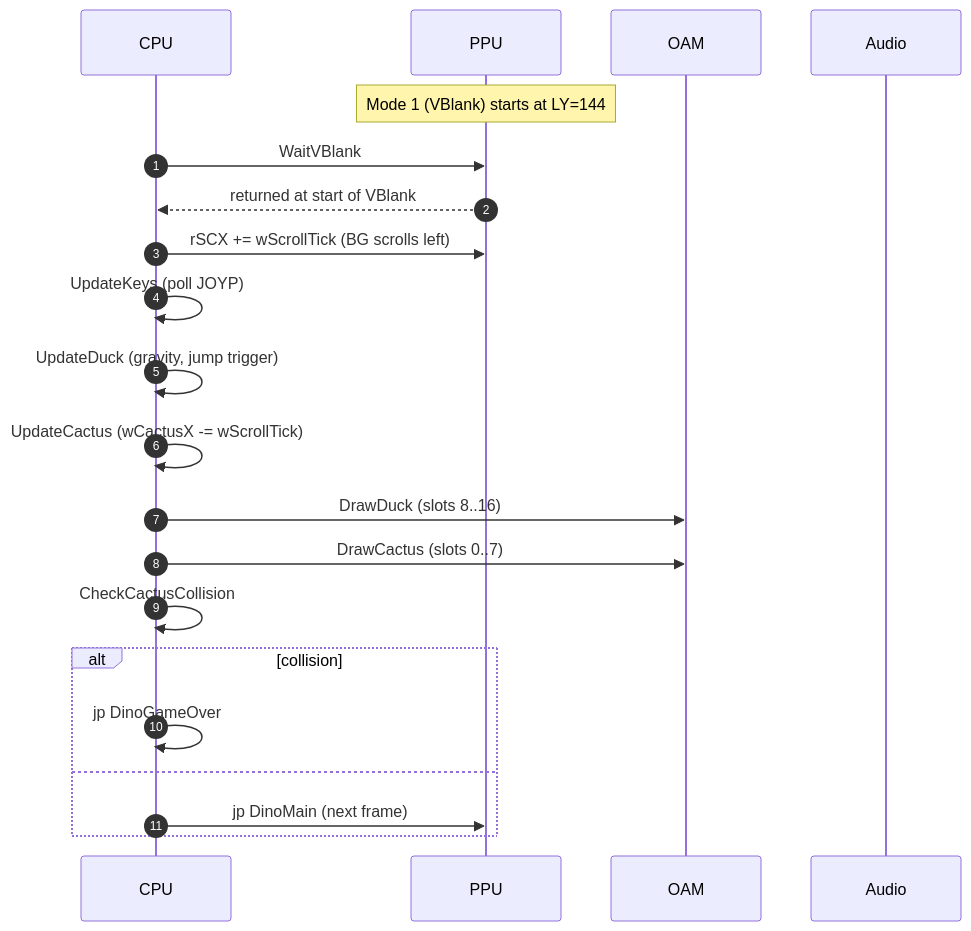
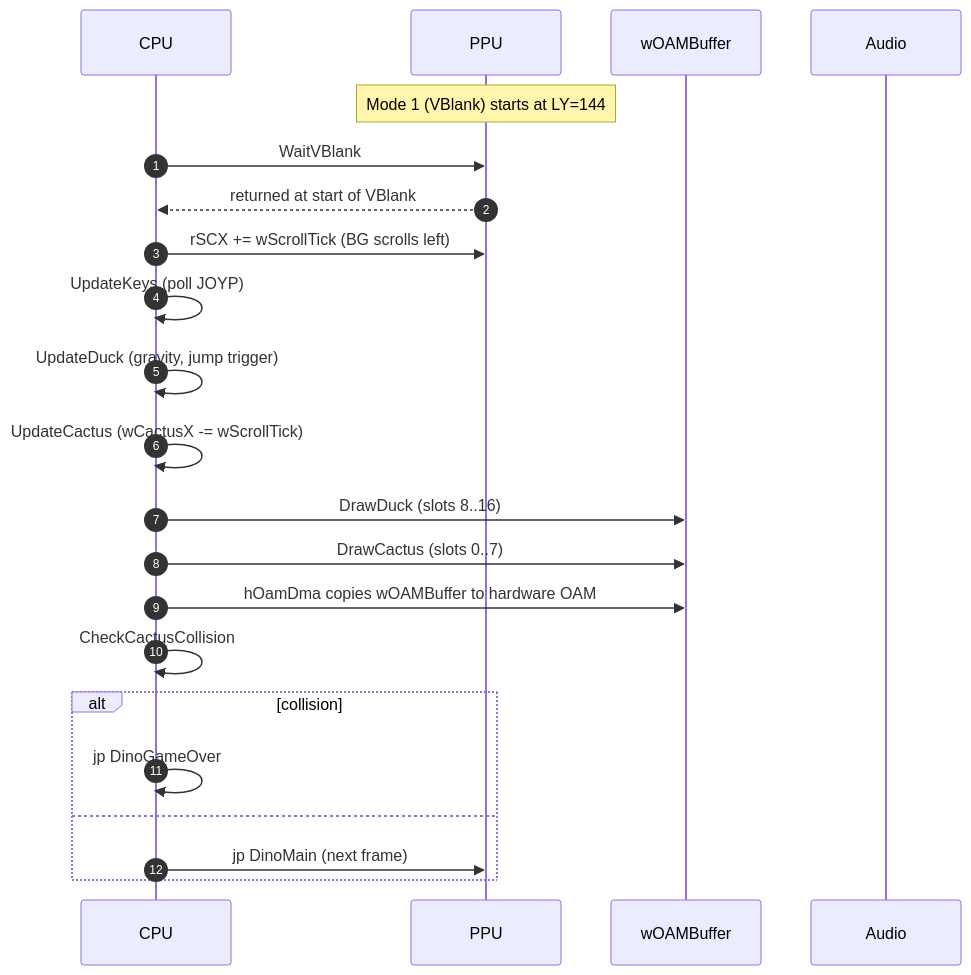
The third of 4 diagrams in docs/ARCHITECTURE.md (Simon-du06/Cartridge), drawn with Mermaid before and after one commit. The commit also changed other lines of this file and 1 other file, not shown here.

Commit message:
feat: update architecture documentation to include new bird and speed modules, and clarify OAM buffer usage

````diff
--- a/docs/ARCHITECTURE.md
+++ b/docs/ARCHITECTURE.md
@@ -84,26 +86,27 @@
 ```mermaid
 sequenceDiagram
     autonumber
     participant CPU
     participant PPU
-    participant OAM
+    participant OAMBuf as wOAMBuffer
     participant Audio
 
     Note over PPU: Mode 1 (VBlank) starts at LY=144
     CPU->>PPU: WaitVBlank
     PPU-->>CPU: returned at start of VBlank
 
     CPU->>PPU: rSCX += wScrollTick (BG scrolls left)
     CPU->>CPU: UpdateKeys (poll JOYP)
     CPU->>CPU: UpdateDuck (gravity, jump trigger)
     CPU->>CPU: UpdateCactus (wCactusX -= wScrollTick)
-    CPU->>OAM: DrawDuck (slots 8..16)
-    CPU->>OAM: DrawCactus (slots 0..7)
+    CPU->>OAMBuf: DrawDuck (slots 8..16)
+    CPU->>OAMBuf: DrawCactus (slots 0..7)
+    CPU->>OAMBuf: hOamDma copies wOAMBuffer to hardware OAM
     CPU->>CPU: CheckCactusCollision
 
     alt collision
         CPU->>CPU: jp DinoGameOver
     else
         CPU->>PPU: jp DinoMain (next frame)
     end
 ```
````
